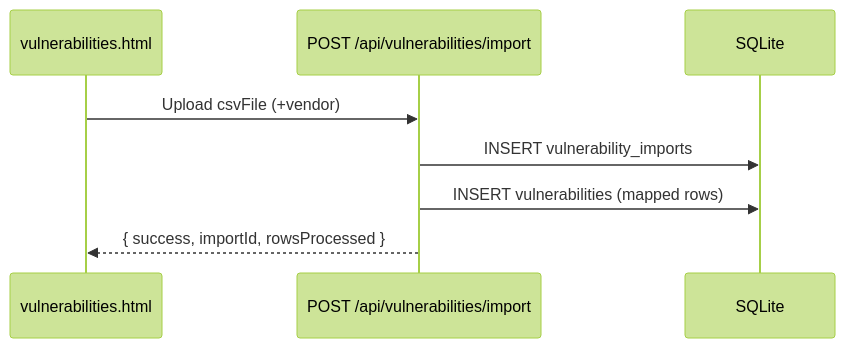
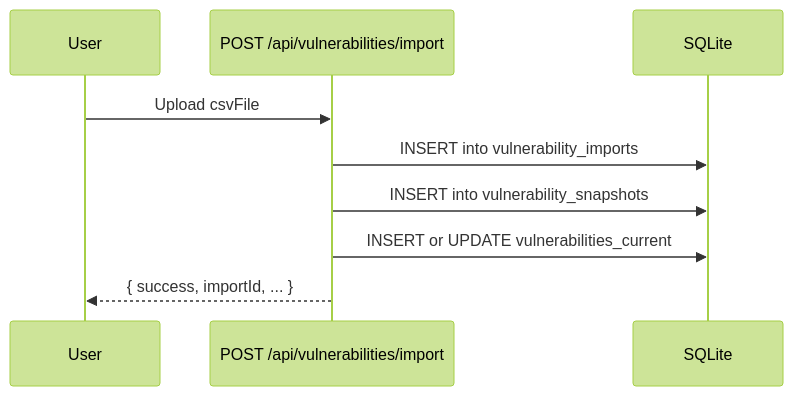
Before and after one commit to Lonnie-Bruton/HexTrackr: the second of 3 diagrams in docs-source/architecture/database.md, drawn with Mermaid (forest theme). The commit also changed other lines of this file and 62 other files, not shown here.

````diff
--- a/docs-source/architecture/database.md
+++ b/docs-source/architecture/database.md
@@ -185,10 +75,12 @@
 ```mermaid
 sequenceDiagram
-	participant UI as vulnerabilities.html
-	participant API as POST /api/vulnerabilities/import
-	participant DB as SQLite
-	UI->>API: Upload csvFile (+vendor)
-	API->>DB: INSERT vulnerability_imports
-	API->>DB: INSERT vulnerabilities (mapped rows)
-	API-->>UI: { success, importId, rowsProcessed }
+    participant User
+    participant API as POST /api/vulnerabilities/import
+    participant DB as SQLite
+
+    User->>API: Upload csvFile
+    API->>DB: INSERT into vulnerability_imports
+    API->>DB: INSERT into vulnerability_snapshots
+    API->>DB: INSERT or UPDATE vulnerabilities_current
+    API-->>User: { success, importId, ... }
 ```
````
